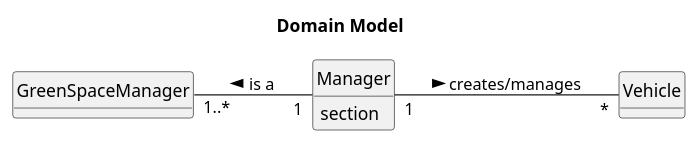
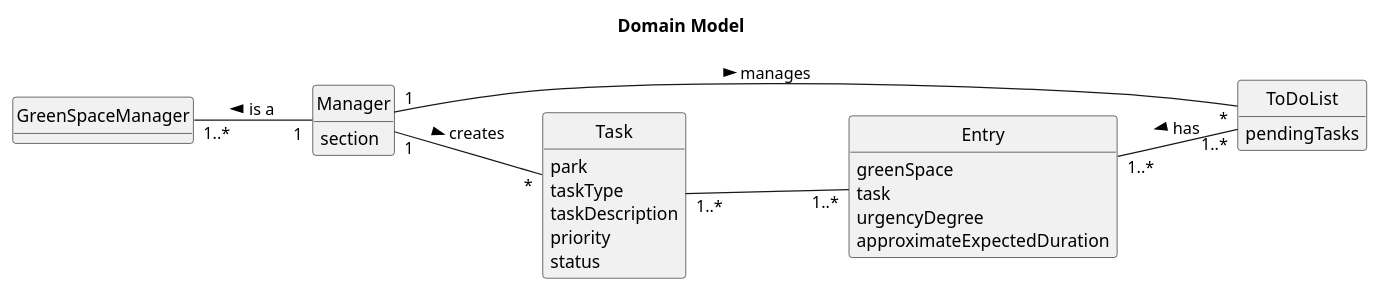
Before and after one commit to Paulo-Pereira-at-ISEP/lei-24-s2-1nanb-g321: the diagram in docs/sprintC/us21/02.analysis/puml/us21-domain-model.puml, drawn with PlantUML. The commit also changed 38 other files, not shown here.

```diff
--- a/docs/sprintC/us21/02.analysis/puml/us21-domain-model.puml
+++ b/docs/sprintC/us21/02.analysis/puml/us21-domain-model.puml
@@ -1,27 +1,46 @@
 @startuml
 skinparam monochrome true
 skinparam packageStyle rectangle
 skinparam shadowing false
 
 left to right direction
 
 skinparam classAttributeIconSize 0
 
 hide circle
 hide methods
 
 title Domain Model
 
 class GreenSpaceManager {
-
 }
 
 class Manager {
     section
 }
 
-Manager "1" -- "*" Vehicle: creates/manages >
+class ToDoList{
+    pendingTasks
+}
+
+class Entry{
+    greenSpace
+    task
+    urgencyDegree
+    approximateExpectedDuration
+}
+
+class Task {
+    park
+    taskType
+    taskDescription
+    priority
+    status
+}
+
+Manager "1" -- "*" Task: creates >
+Manager "1" -- "*" ToDoList: manages >
 Manager "1" --up "1..*" GreenSpaceManager: is a >
-
-
+Entry "1..*" -- "1..*" ToDoList: has <
+Task "1..*" -- "1..*" Entry
 @enduml
```
